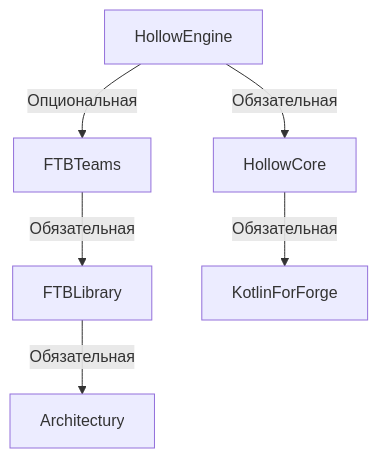
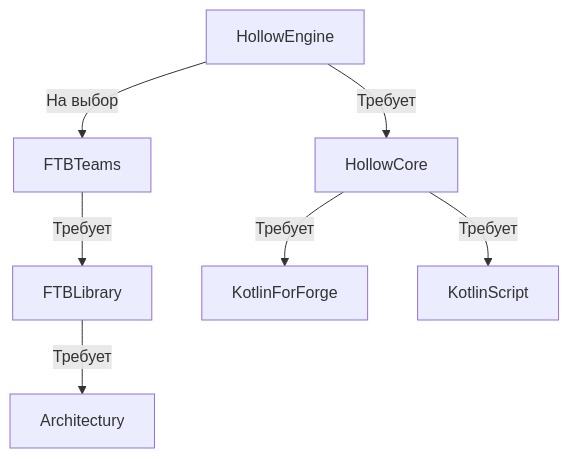
One commit to 0mods/docsweb changed the diagram in docs/hollowengine/Begin/requirement.mdx. Above: the diagram before and after it, drawn with Mermaid. The commit also changed other lines of this file and 23 other files, not shown here.

````diff
--- a/docs/hollowengine/Begin/requirement.mdx
+++ b/docs/hollowengine/Begin/requirement.mdx
@@ -8,8 +8,9 @@
 ```mermaid 
 graph TD;
-   A[HollowEngine]-->|Обязательная| B[HollowCore];
-   A-->|Опциональная| C[FTBTeams];
-   C-->|Обязательная| E[FTBLibrary];
-   E-->|Обязательная| F[Architectury];
-   B-->|Обязательная| G[KotlinForForge];
+   A[HollowEngine]-->|Требует| B[HollowCore];
+   A-->|На выбор| C[FTBTeams];
+   C-->|Требует| E[FTBLibrary];
+   E-->|Требует| F[Architectury];
+   B-->|Требует| G[KotlinForForge];
+   B-->|Требует| H[KotlinScript];
 ```
````
